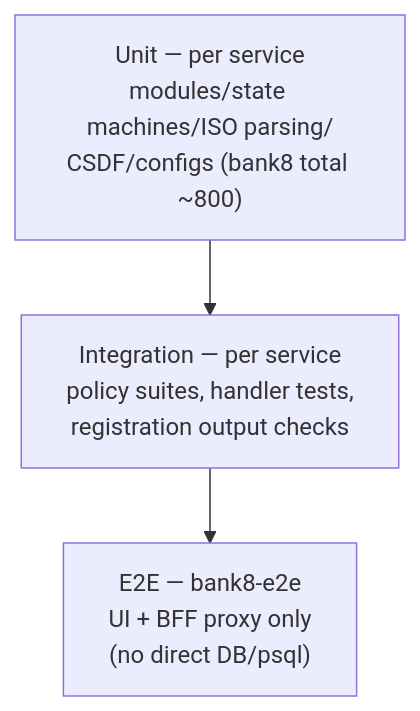
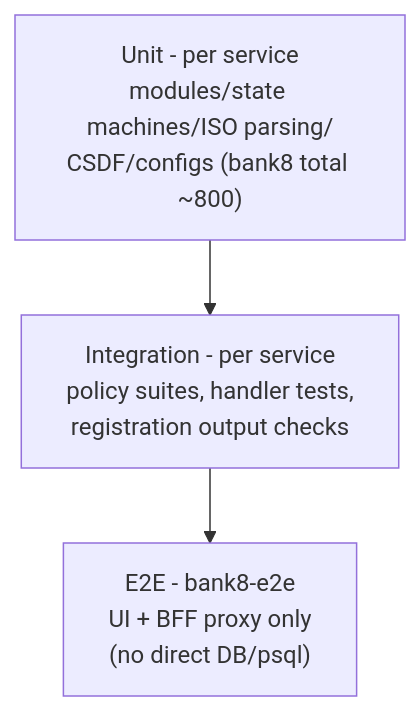
The eighth of 8 diagrams in DESIGN.md (Bank8-dev/bank8), drawn with Mermaid before and after one commit. The commit also changed other lines of this file and 6 other files, not shown here.

````diff
--- a/DESIGN.md
+++ b/DESIGN.md
@@ -278,5 +278,5 @@
 ```mermaid
 graph TD
-    U["Unit — per service<br/>modules/state machines/ISO parsing/<br/>CSDF/configs (bank8 total ~800)"] --> I["Integration — per service<br/>policy suites, handler tests,<br/>registration output checks"]
-    I --> E["E2E — bank8-e2e<br/>UI + BFF proxy only<br/>(no direct DB/psql)"]
+    U["Unit - per service<br/>modules/state machines/ISO parsing/<br/>CSDF/configs (bank8 total ~800)"] --> I["Integration - per service<br/>policy suites, handler tests,<br/>registration output checks"]
+    I --> E["E2E - bank8-e2e<br/>UI + BFF proxy only<br/>(no direct DB/psql)"]
 ```
````
